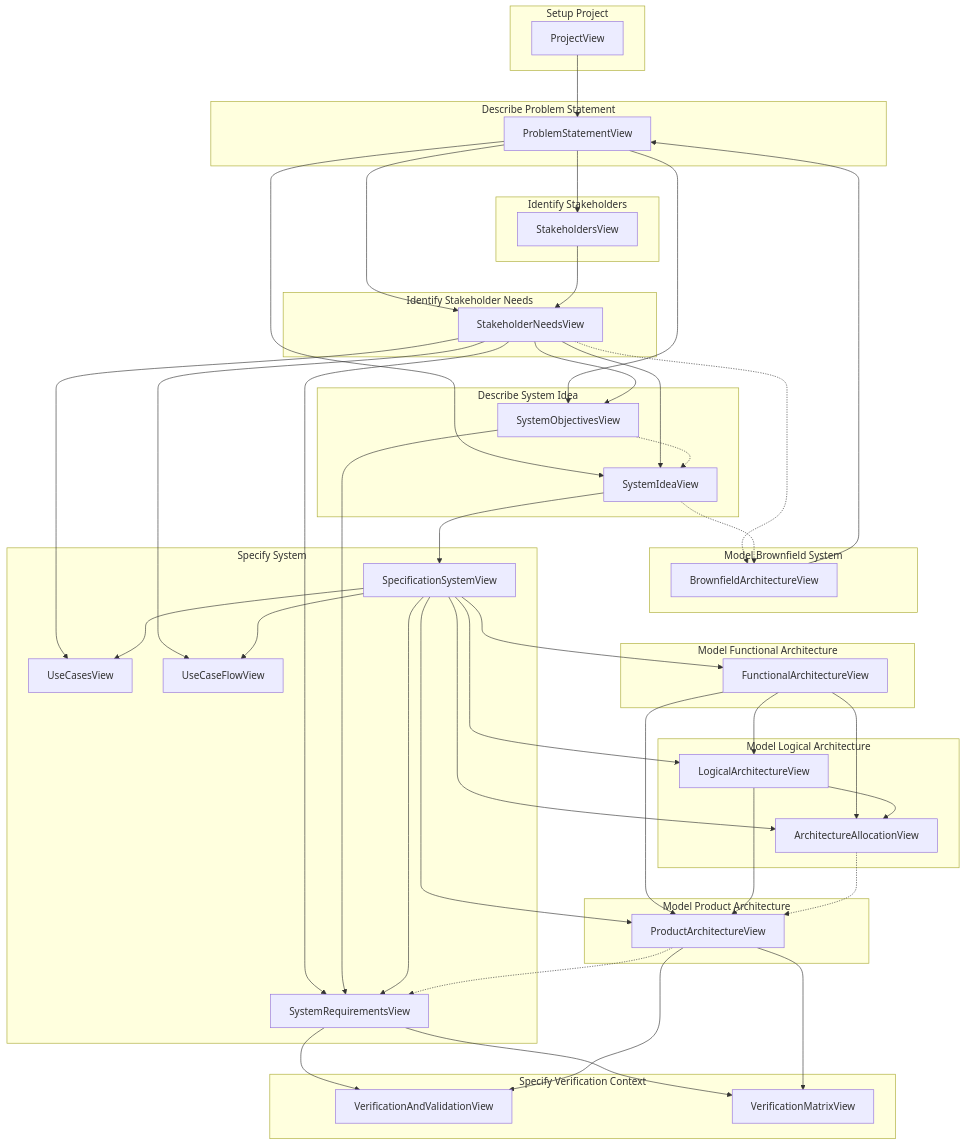
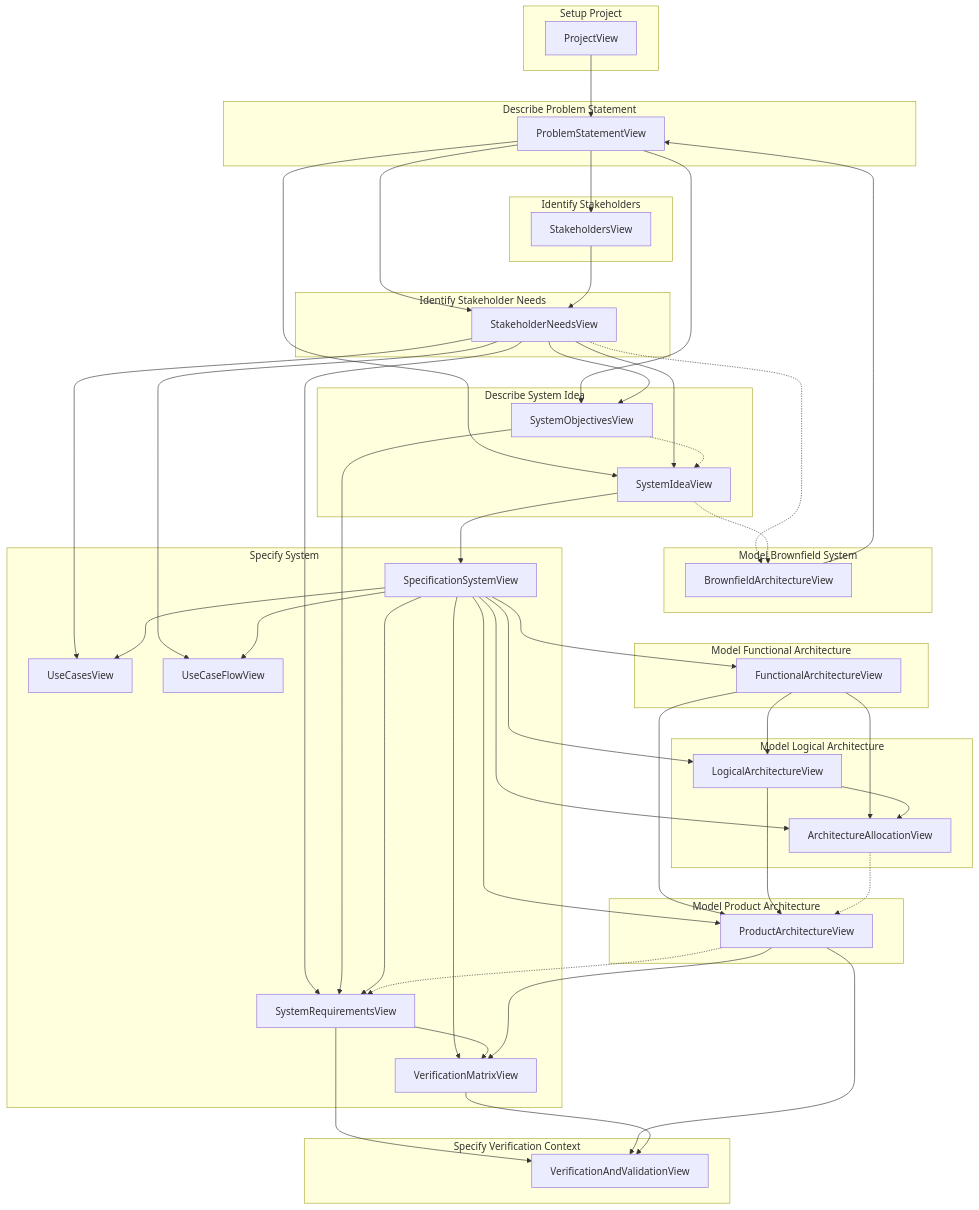
The second of 2 diagrams in SYSMODViews.md (MBSE4U/sysmod-sysmlv2), drawn with Mermaid before and after one commit. The commit also changed other lines of this file and 10 other files, not shown here.

First line of the commit message:
Split verification into define (specifySystem) and bind (specifyVerificationContext)

````diff
--- a/SYSMODViews.md
+++ b/SYSMODViews.md
@@ -1730,77 +1733,79 @@
 ```mermaid
 flowchart TB
     subgraph SetupProject["Setup Project"]
         ProjectView[ProjectView]
     end
     subgraph ModelBrownfieldSystem["Model Brownfield System"]
         BrownfieldArchitectureView[BrownfieldArchitectureView]
     end
     subgraph DescribeProblemStatement["Describe Problem Statement"]
         ProblemStatementView[ProblemStatementView]
     end
     subgraph IdentifyStakeholders["Identify Stakeholders"]
         StakeholdersView[StakeholdersView]
     end
     subgraph IdentifyStakeholderNeeds["Identify Stakeholder Needs"]
         StakeholderNeedsView[StakeholderNeedsView]
     end
     subgraph DescribeSystemIdea["Describe System Idea"]
         SystemIdeaView[SystemIdeaView]
         SystemObjectivesView[SystemObjectivesView]
     end
     subgraph SpecifySystem["Specify System"]
         SpecificationSystemView[SpecificationSystemView]
         UseCasesView[UseCasesView]
         UseCaseFlowView[UseCaseFlowView]
         SystemRequirementsView[SystemRequirementsView]
+        VerificationMatrixView[VerificationMatrixView]
     end
     subgraph ModelFunctionalArchitecture["Model Functional Architecture"]
         FunctionalArchitectureView[FunctionalArchitectureView]
     end
     subgraph ModelLogicalArchitecture["Model Logical Architecture"]
         LogicalArchitectureView[LogicalArchitectureView]
         ArchitectureAllocationView[ArchitectureAllocationView]
     end
     subgraph ModelProductArchitecture["Model Product Architecture"]
         ProductArchitectureView[ProductArchitectureView]
     end
     subgraph SpecifyVerificationContext["Specify Verification Context"]
         VerificationAndValidationView[VerificationAndValidationView]
-        VerificationMatrixView[VerificationMatrixView]
     end
     ProjectView --> ProblemStatementView
     BrownfieldArchitectureView --> ProblemStatementView
     ProblemStatementView --> StakeholdersView
     ProblemStatementView --> StakeholderNeedsView
     StakeholdersView --> StakeholderNeedsView
     ProblemStatementView --> SystemIdeaView
     StakeholderNeedsView --> SystemIdeaView
     ProblemStatementView --> SystemObjectivesView
     StakeholderNeedsView --> SystemObjectivesView
     SystemIdeaView --> SpecificationSystemView
     StakeholderNeedsView --> UseCasesView
     SpecificationSystemView --> UseCasesView
     StakeholderNeedsView --> UseCaseFlowView
     SpecificationSystemView --> UseCaseFlowView
     StakeholderNeedsView --> SystemRequirementsView
     SystemObjectivesView --> SystemRequirementsView
     SpecificationSystemView --> SystemRequirementsView
     SpecificationSystemView --> FunctionalArchitectureView
     SpecificationSystemView --> LogicalArchitectureView
     FunctionalArchitectureView --> LogicalArchitectureView
     SpecificationSystemView --> ProductArchitectureView
     FunctionalArchitectureView --> ProductArchitectureView
     LogicalArchitectureView --> ProductArchitectureView
     SpecificationSystemView --> ArchitectureAllocationView
     FunctionalArchitectureView --> ArchitectureAllocationView
     LogicalArchitectureView --> ArchitectureAllocationView
     SystemRequirementsView --> VerificationAndValidationView
     ProductArchitectureView --> VerificationAndValidationView
+    VerificationMatrixView --> VerificationAndValidationView
+    SpecificationSystemView --> VerificationMatrixView
     SystemRequirementsView --> VerificationMatrixView
     ProductArchitectureView --> VerificationMatrixView
     StakeholderNeedsView -.-> BrownfieldArchitectureView
     SystemIdeaView -.-> BrownfieldArchitectureView
     SystemObjectivesView -.-> SystemIdeaView
     ProductArchitectureView -.-> SystemRequirementsView
     ArchitectureAllocationView -.-> ProductArchitectureView
 ```
````
